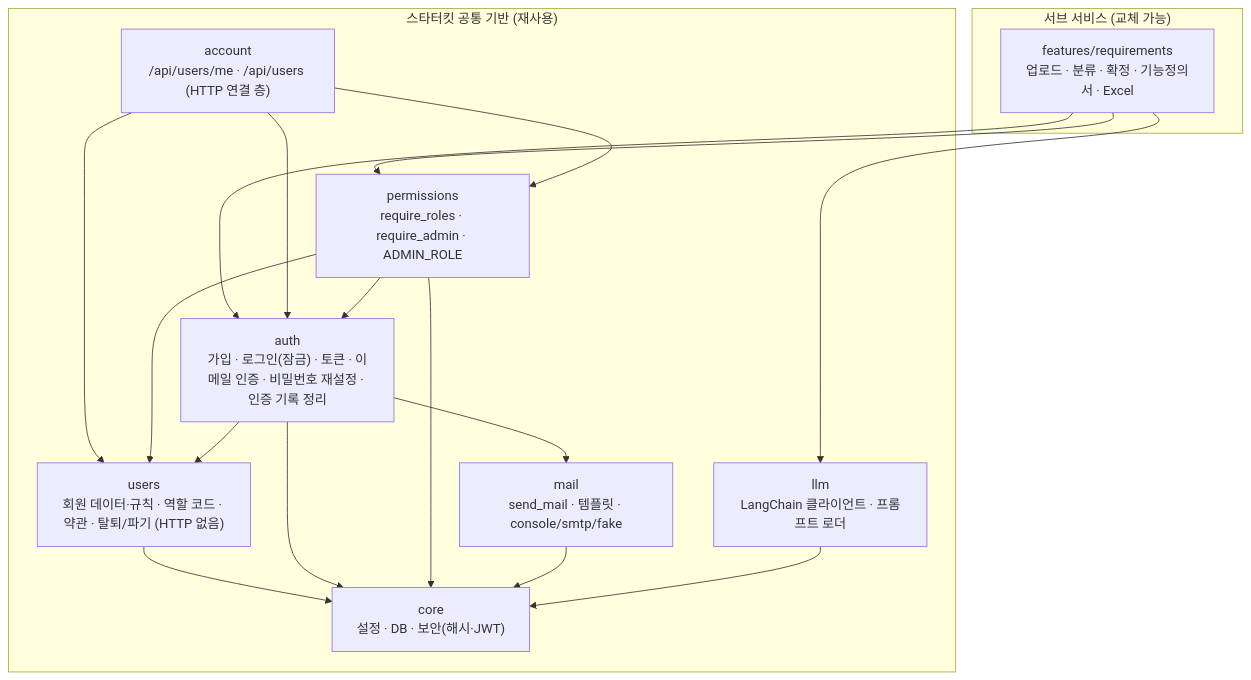
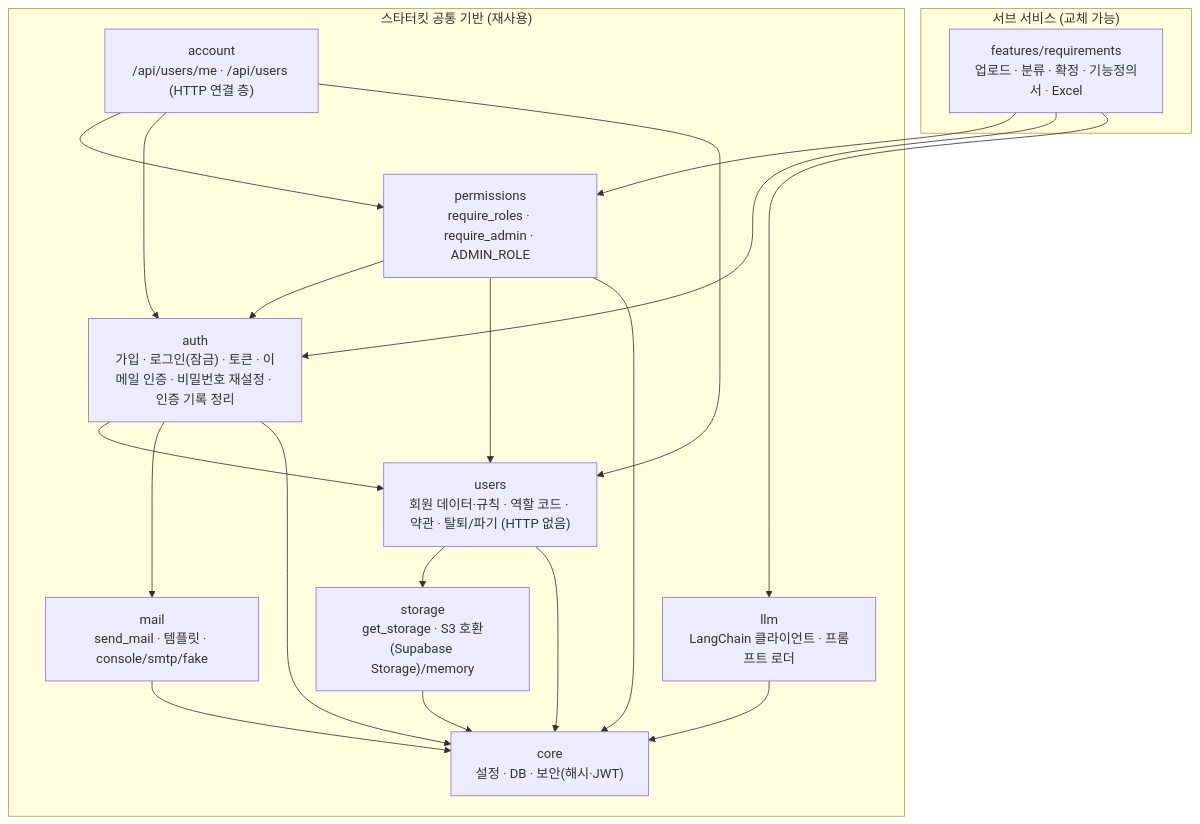
The diagram in docs/architecture.md (SNACKCUP/meerkit-snack), drawn with Mermaid before and after one commit. The commit also changed other lines of this file and 21 other files, not shown here.

````diff
--- a/docs/architecture.md
+++ b/docs/architecture.md
@@ -14,30 +14,33 @@
 ```mermaid
 flowchart TB
     subgraph KIT["스타터킷 공통 기반 (재사용)"]
         core["core<br/>설정 · DB · 보안(해시·JWT)"]
         users["users<br/>회원 데이터·규칙 · 역할 코드 · 약관 · 탈퇴/파기 (HTTP 없음)"]
         auth["auth<br/>가입 · 로그인(잠금) · 토큰 · 이메일 인증 · 비밀번호 재설정 · 인증 기록 정리"]
         perm["permissions<br/>require_roles · require_admin · ADMIN_ROLE"]
         account["account<br/>/api/users/me · /api/users (HTTP 연결 층)"]
         llm["llm<br/>LangChain 클라이언트 · 프롬프트 로더"]
         mail["mail<br/>send_mail · 템플릿 · console/smtp/fake"]
+        storage["storage<br/>get_storage · S3 호환(Supabase Storage)/memory"]
     end
     subgraph FEAT["서브 서비스 (교체 가능)"]
         req["features/requirements<br/>업로드 · 분류 · 확정 · 기능정의서 · Excel"]
     end
     req --> perm
     req --> auth
     req --> llm
     account --> perm
     account --> auth
     account --> users
     perm --> auth
     perm --> users
     auth --> users
     auth --> mail
+    users --> storage
     users --> core
     auth --> core
     perm --> core
     mail --> core
     llm --> core
+    storage --> core
 ```
````
